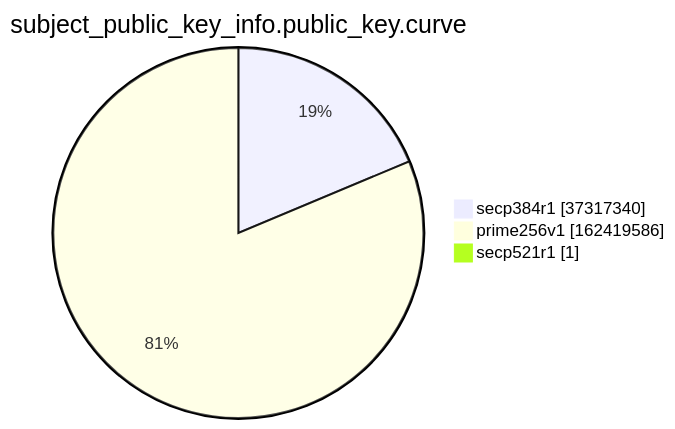
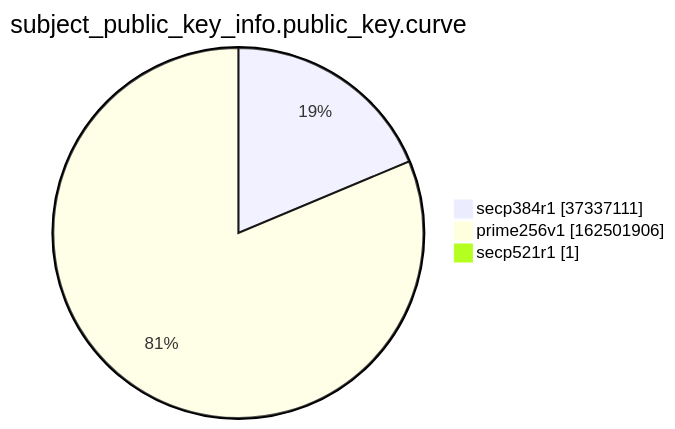
One commit to christiankrug/ctmonitor_visualization changed the ninth of 15 diagrams in argon2022/README.md. Above: the diagram before and after it, drawn with Mermaid. The commit also changed other lines of this file, not shown here.

````diff
--- a/argon2022/README.md
+++ b/argon2022/README.md
@@ -2766,7 +2766,7 @@
 ```mermaid
 pie showData
 title subject_public_key_info.public_key.curve
-"secp384r1" :37317340
-"prime256v1" :162419586
+"secp384r1" :37337111
+"prime256v1" :162501906
 "secp521r1" :1
 ```
````
